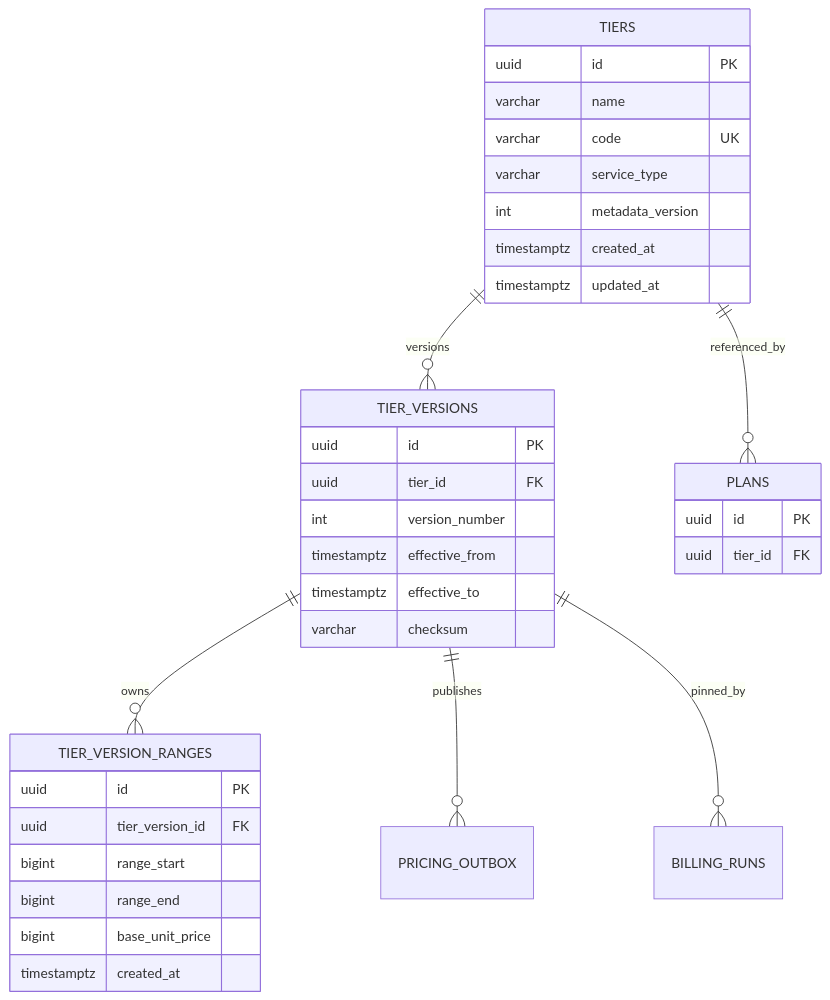
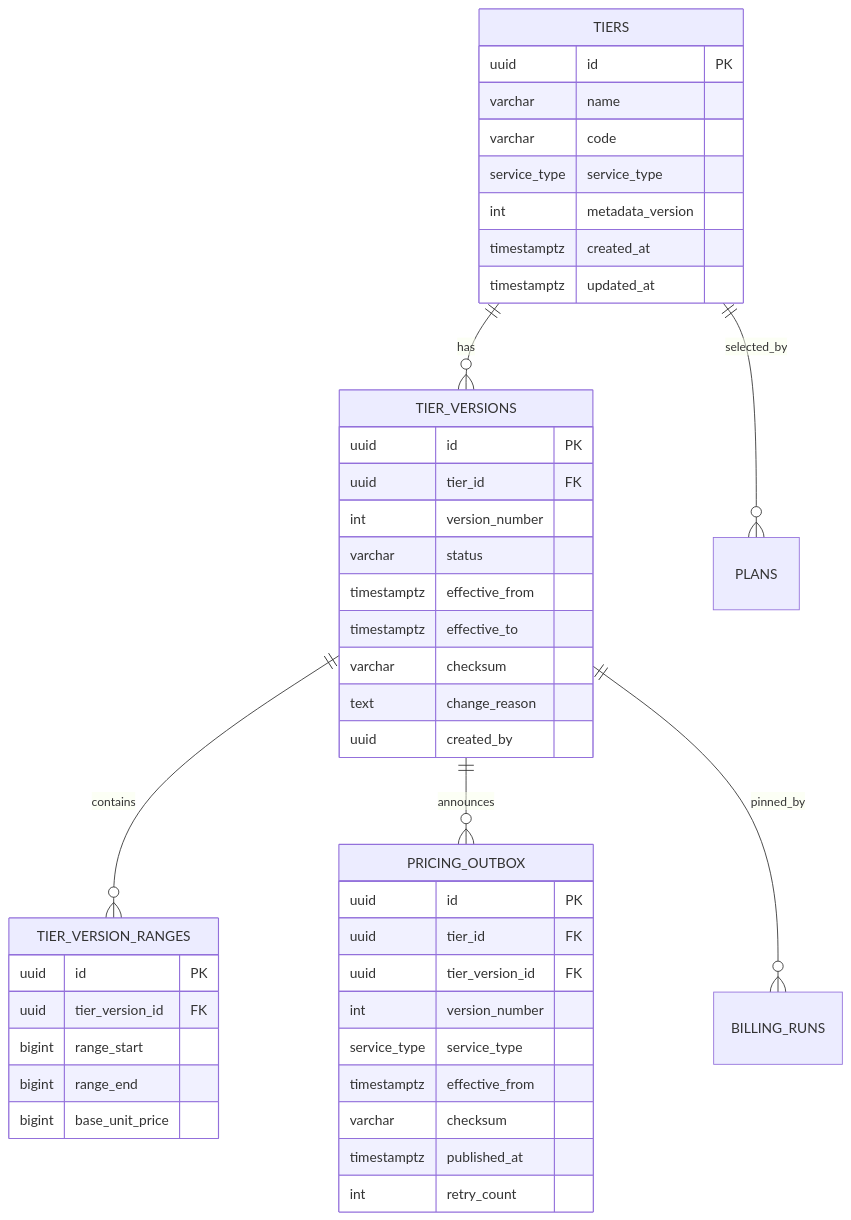
One commit to phucle996/aurora changed the second of 4 diagrams in god_view/billing/tier_catalog_god_view.md. Above: the diagram before and after it, drawn with Mermaid. The commit also changed other lines of this file and 84 other files, not shown here.

````diff
--- a/god_view/billing/tier_catalog_god_view.md
+++ b/god_view/billing/tier_catalog_god_view.md
@@ -201,41 +79,47 @@
 ```mermaid
 erDiagram
-    TIERS ||--o{ TIER_VERSIONS : versions
-    TIER_VERSIONS ||--o{ TIER_VERSION_RANGES : owns
-    TIER_VERSIONS ||--o{ PRICING_OUTBOX : publishes
+    TIERS ||--o{ TIER_VERSIONS : has
+    TIER_VERSIONS ||--o{ TIER_VERSION_RANGES : contains
+    TIER_VERSIONS ||--o{ PRICING_OUTBOX : announces
     TIER_VERSIONS ||--o{ BILLING_RUNS : pinned_by
-    TIERS ||--o{ PLANS : referenced_by
+    TIERS ||--o{ PLANS : selected_by
 
     TIERS {
       uuid id PK
       varchar name
-      varchar code UK
-      varchar service_type
+      varchar code
+      service_type service_type
       int metadata_version
       timestamptz created_at
       timestamptz updated_at
     }
-
     TIER_VERSIONS {
       uuid id PK
       uuid tier_id FK
       int version_number
+      varchar status
       timestamptz effective_from
       timestamptz effective_to
       varchar checksum
+      text change_reason
+      uuid created_by
     }
-
     TIER_VERSION_RANGES {
       uuid id PK
       uuid tier_version_id FK
       bigint range_start
       bigint range_end
       bigint base_unit_price
-      timestamptz created_at
     }
-
-    PLANS {
+    PRICING_OUTBOX {
       uuid id PK
       uuid tier_id FK
+      uuid tier_version_id FK
+      int version_number
+      service_type service_type
+      timestamptz effective_from
+      varchar checksum
+      timestamptz published_at
+      int retry_count
     }
 ```
````
